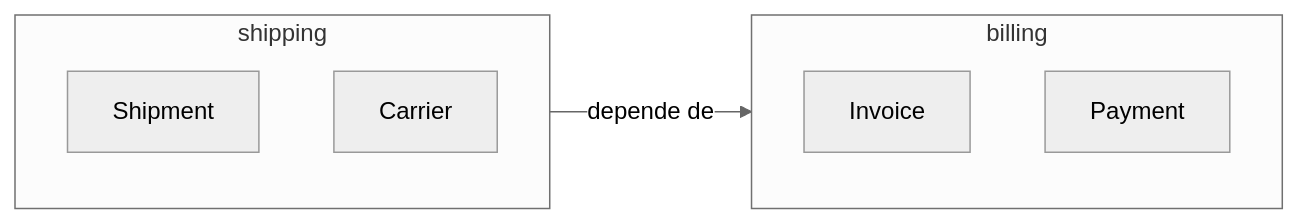
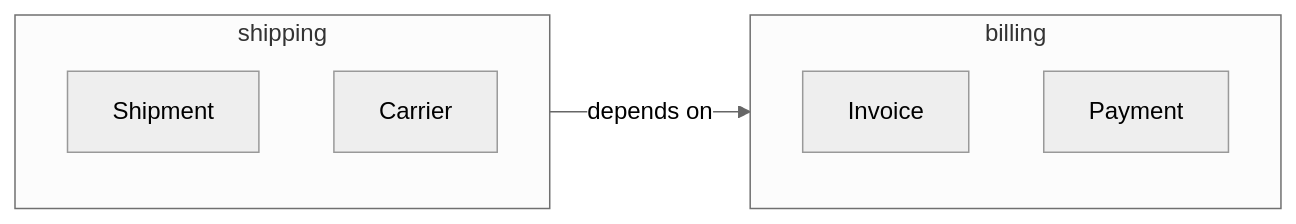
Before and after one commit to alancesar/design-patterns: the diagram in docs/application/ddd/building-blocks/module.md, drawn with Mermaid (neutral theme). The commit also changed 258 other files, not shown here.

First line of the commit message:
Translate Mermaid diagrams to English

````diff
--- a/docs/application/ddd/building-blocks/module.md
+++ b/docs/application/ddd/building-blocks/module.md
@@ -52,12 +52,12 @@
 ```mermaid
 flowchart LR
     subgraph Shipping["shipping"]
         S1["Shipment"]
         S2["Carrier"]
     end
     subgraph Billing["billing"]
         B1["Invoice"]
         B2["Payment"]
     end
-    Shipping -->|"depende de"| Billing
+    Shipping -->|"depends on"| Billing
 ```
````
